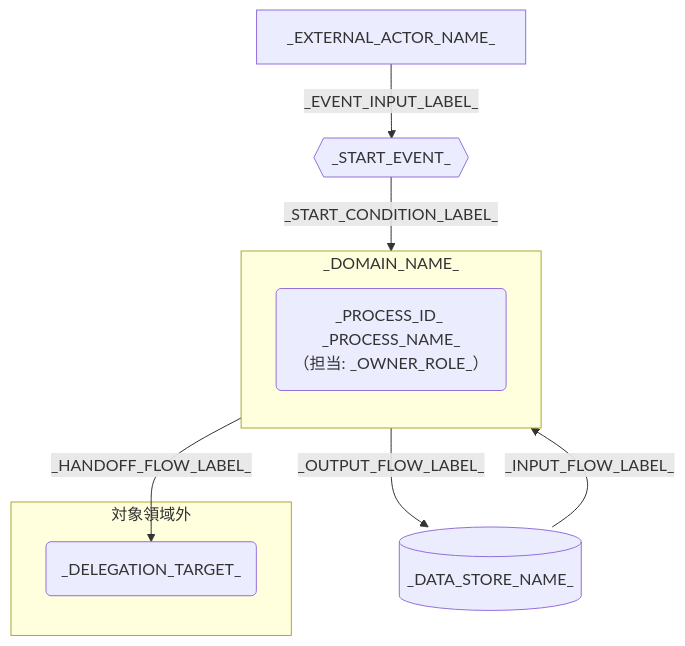
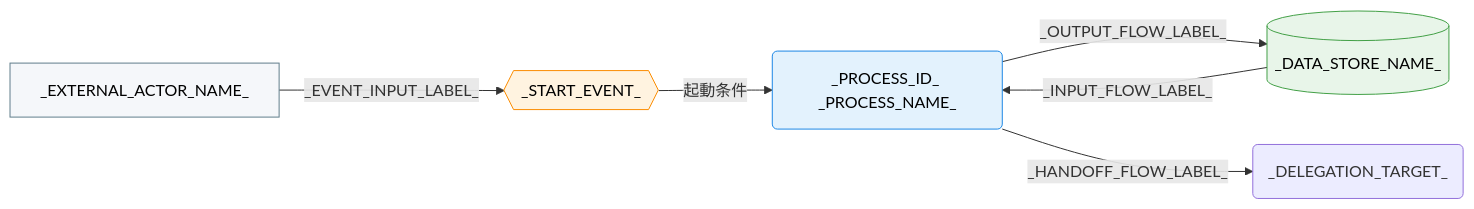
One commit to specdojo/specdojo changed the diagram in docs/ja/specdojo/templates/cdfd-template.md. Above: the diagram before and after it, drawn with Mermaid. The commit also changed other lines of this file, not shown here.

````diff
--- a/docs/ja/specdojo/templates/cdfd-template.md
+++ b/docs/ja/specdojo/templates/cdfd-template.md
@@ -40,22 +49,27 @@
 ```mermaid
-flowchart TB
+flowchart LR
+  classDef process fill:#e3f2fd,stroke:#1e88e5,color:#000
+  classDef event fill:#fff3e0,stroke:#fb8c00,color:#000
+  classDef store fill:#e8f5e9,stroke:#43a047,color:#000
+  classDef actor fill:#f5f7fa,stroke:#607d8b,color:#000
+
   _EXTERNAL_ACTOR_NODE_ID_["_EXTERNAL_ACTOR_NAME_"]
   _START_EVENT_NODE_ID_{{"_START_EVENT_"}}
 
-  subgraph _DOMAIN_GROUP_NODE_ID_["_DOMAIN_NAME_"]
-    direction TB
-    _PROCESS_NODE_ID_("_PROCESS_ID_ _PROCESS_NAME_<br>（担当: _OWNER_ROLE_）")
-  end
+  _PROCESS_NODE_ID_("_PROCESS_ID_ _PROCESS_NAME_")
 
   _DATA_STORE_NODE_ID_[("_DATA_STORE_NAME_")]
 
-  subgraph _OUTSIDE_SCOPE_GROUP_ID_["対象領域外"]
-    _DELEGATION_NODE_ID_("_DELEGATION_TARGET_")
-  end
+  _DELEGATION_NODE_ID_("_DELEGATION_TARGET_")
 
   _EXTERNAL_ACTOR_NODE_ID_ -->|"_EVENT_INPUT_LABEL_"| _START_EVENT_NODE_ID_
-  _START_EVENT_NODE_ID_ -->|"_START_CONDITION_LABEL_"| _PROCESS_NODE_ID_
+  _START_EVENT_NODE_ID_ -->|"起動条件"| _PROCESS_NODE_ID_
   _DATA_STORE_NODE_ID_ -->|"_INPUT_FLOW_LABEL_"| _PROCESS_NODE_ID_
   _PROCESS_NODE_ID_ -->|"_OUTPUT_FLOW_LABEL_"| _DATA_STORE_NODE_ID_
   _PROCESS_NODE_ID_ -->|"_HANDOFF_FLOW_LABEL_"| _DELEGATION_NODE_ID_
+
+  class _PROCESS_NODE_ID_ process
+  class _START_EVENT_NODE_ID_ event
+  class _DATA_STORE_NODE_ID_ store
+  class _EXTERNAL_ACTOR_NODE_ID_ actor
 ```
````
